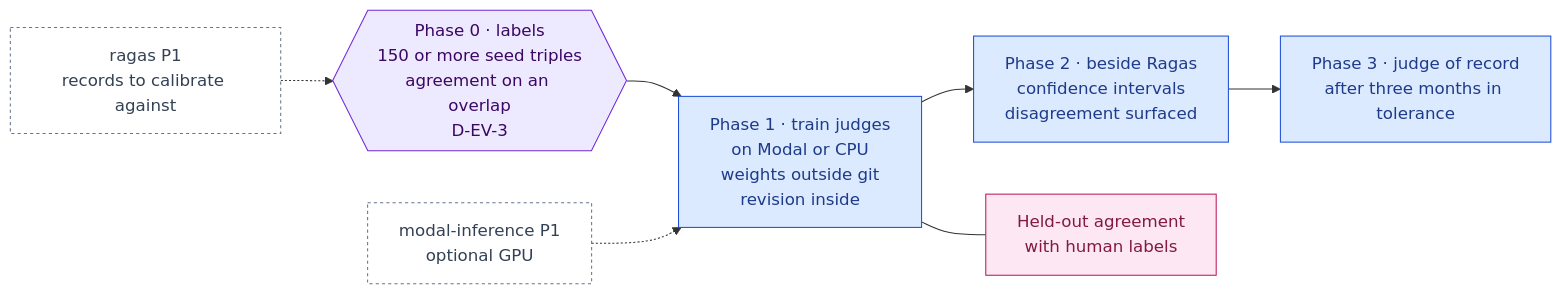
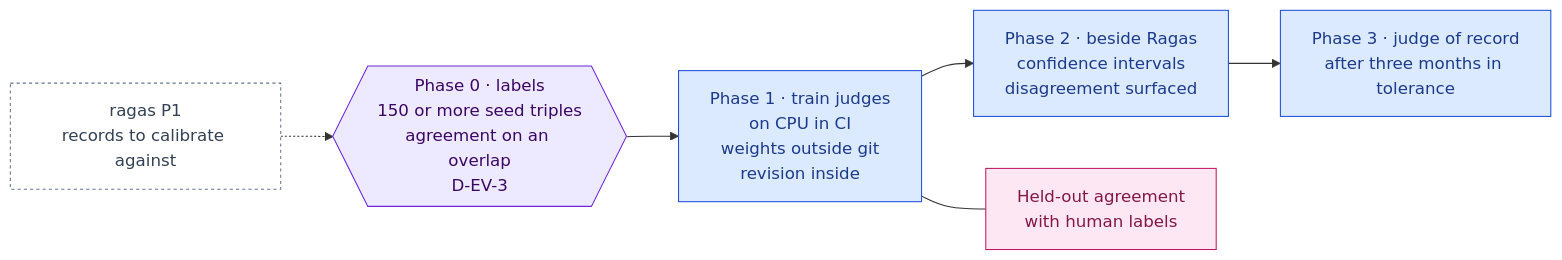
One commit to RodnaPamet/inflect-compliance changed the diagram in docs/ai-architecture/ares.md. Above: the diagram before and after it, drawn with Mermaid. The commit also changed other lines of this file and 21 other files, not shown here.

First line of the commit message:
docs(ai-architecture): the roadmap is complete without Layer 5; models through API keys

````diff
--- a/docs/ai-architecture/ares.md
+++ b/docs/ai-architecture/ares.md
@@ -28,21 +29,19 @@
 ```mermaid
 flowchart LR
   P0{{"Phase 0 · labels<br/>150 or more seed triples<br/>agreement on an overlap<br/>D-EV-3"}}:::gate
-  P1["Phase 1 · train judges<br/>on Modal or CPU<br/>weights outside git<br/>revision inside"]:::todo
+  P1["Phase 1 · train judges<br/>on CPU in CI<br/>weights outside git<br/>revision inside"]:::todo
   P2["Phase 2 · beside Ragas<br/>confidence intervals<br/>disagreement surfaced"]:::todo
   P3["Phase 3 · judge of record<br/>after three months in tolerance"]:::todo
   RA["ragas P1<br/>records to calibrate against"]:::ext
-  MOD["modal-inference P1<br/>optional GPU"]:::ext
   HO["Held-out agreement<br/>with human labels"]:::eval
   P0 --> P1 --> P2 --> P3
   RA -.-> P0
-  MOD -.-> P1
   P1 --- HO
 
   classDef done fill:#d1fae5,stroke:#047857,color:#064e3b
   classDef todo fill:#dbeafe,stroke:#1d4ed8,color:#1e3a8a
   classDef gate fill:#ede9fe,stroke:#6d28d9,color:#3b0764
   classDef ext fill:#ffffff,stroke:#64748b,color:#334155,stroke-dasharray:3 3
   classDef eval fill:#fce7f3,stroke:#be185d,color:#831843
   classDef declined fill:#f3f4f6,stroke:#6b7280,color:#374151,stroke-dasharray:4 3
 ```
````
